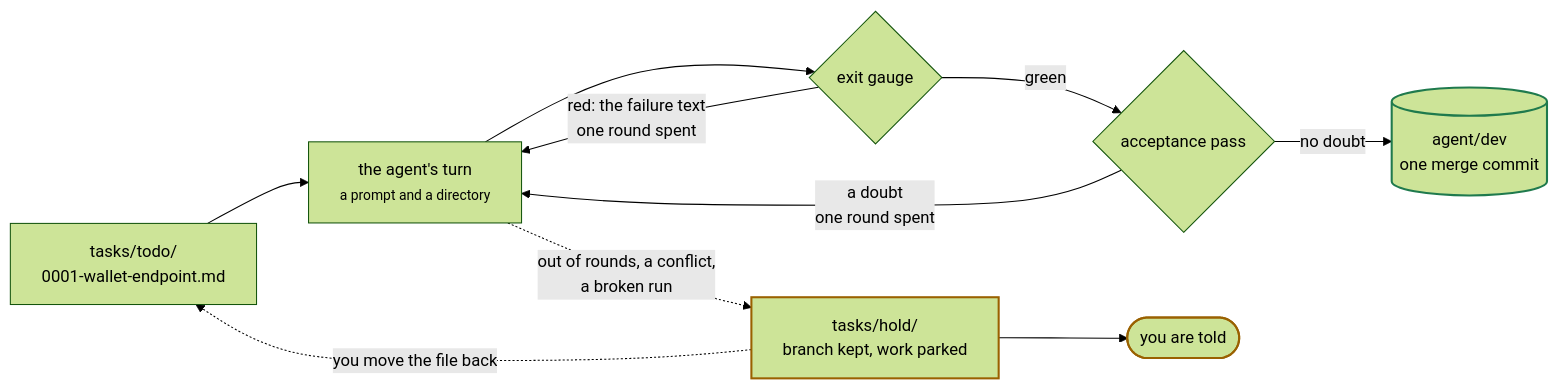
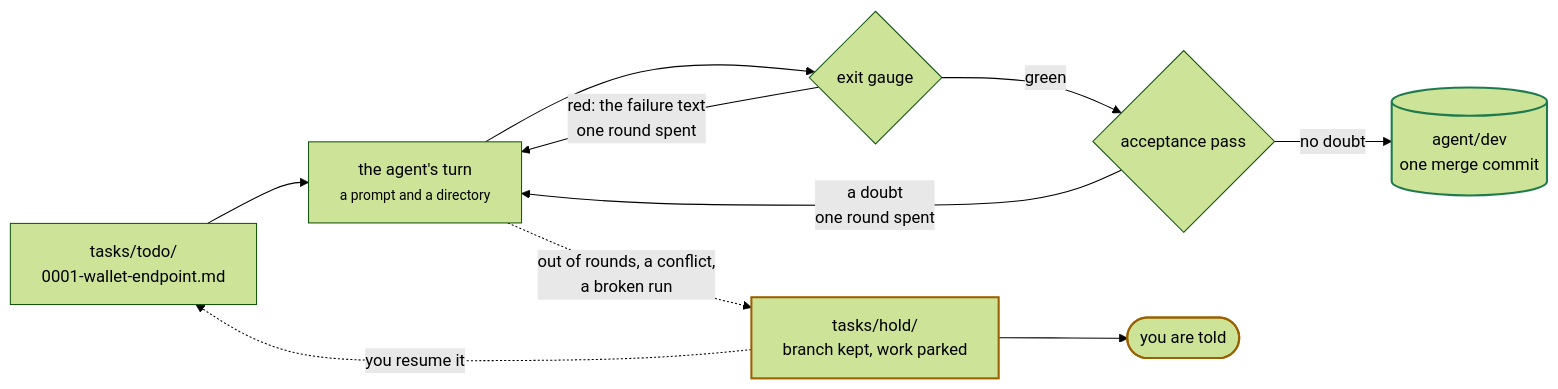
Before and after one commit to kazimVakhobov/detent: the first of 3 diagrams in README.md, drawn with Mermaid (forest theme). The commit also changed other lines of this file and 2 other files, not shown here.

````diff
--- a/README.md
+++ b/README.md
@@ -101,17 +107,17 @@
 ```mermaid
 flowchart LR
   todo["tasks/todo/<br/>0001-wallet-endpoint.md"] --> agent["the agent's turn<br/><small>a prompt and a directory</small>"]
   agent --> gauge{"exit gauge"}
   gauge -- "red: the failure text<br/>one round spent" --> agent
   gauge -- green --> accept{"acceptance pass"}
   accept -- "a doubt<br/>one round spent" --> agent
   accept -- "no doubt" --> dev[("agent/dev<br/>one merge commit")]
   agent -. "out of rounds, a conflict,<br/>a broken run" .-> hold["tasks/hold/<br/>branch kept, work parked"]
   hold --> told(["you are told"])
-  hold -. "you move the file back" .-> todo
+  hold -. "you resume it" .-> todo
 
   classDef ok stroke:#1f7a4d,stroke-width:2px
   classDef stop stroke:#9a6100,stroke-width:2px
   class dev ok
   class hold,told stop
 ```
````
